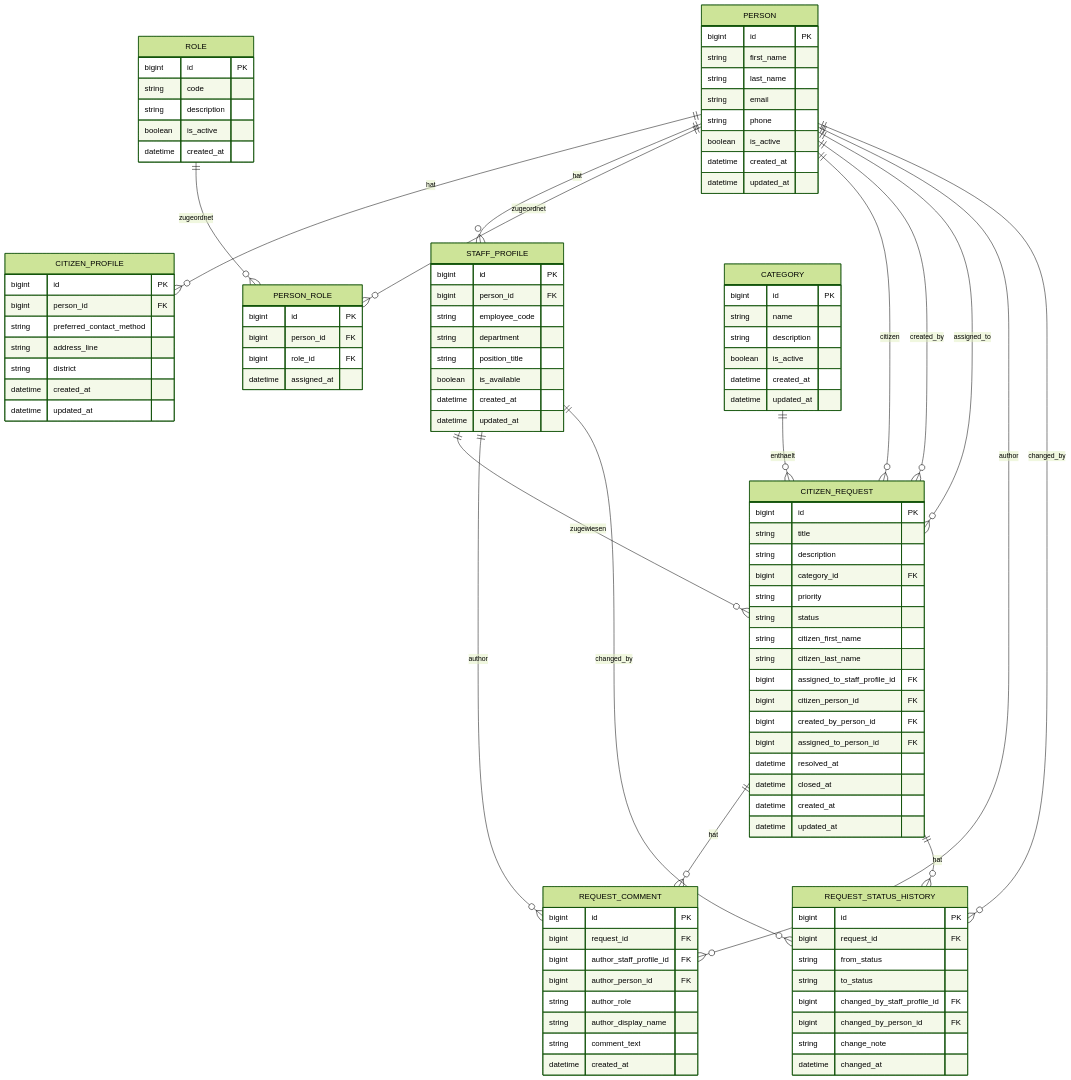
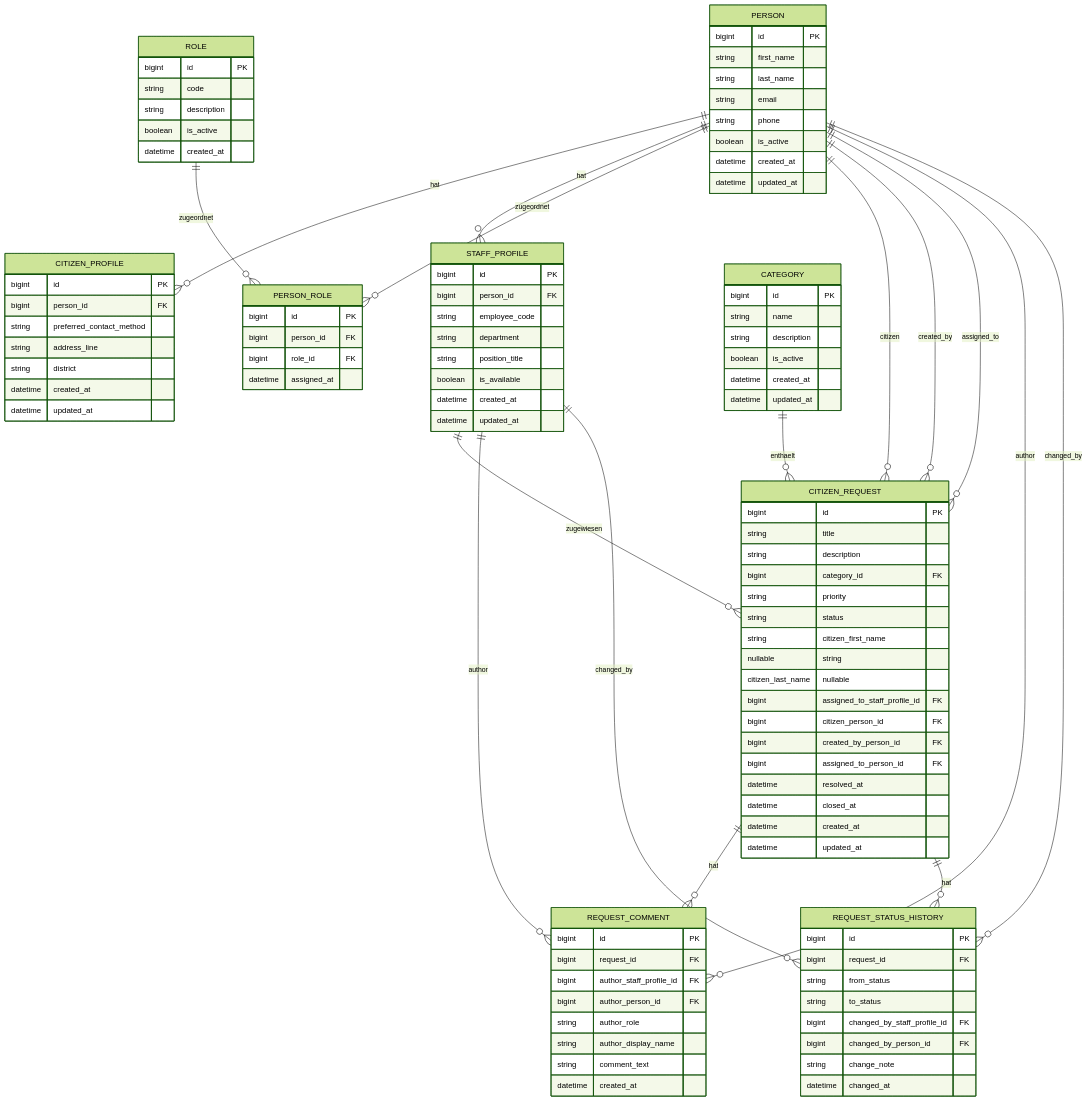
Before and after one commit to andrii-kosmeniuk/citizen-managment-system: the diagram in README_de.md, drawn with Mermaid (forest theme). The commit also changed other lines of this file and 17 other files, not shown here.

Commit message:
Apply changes according to the assesment regarding optional citizen name

```diff
--- a/README_de.md
+++ b/README_de.md
@@ -279,8 +279,8 @@
         bigint category_id FK
         string priority
         string status
-        string citizen_first_name
-        string citizen_last_name
+        string citizen_first_name nullable
+        string citizen_last_name nullable
         bigint assigned_to_staff_profile_id FK
         bigint citizen_person_id FK
         bigint created_by_person_id FK
```
